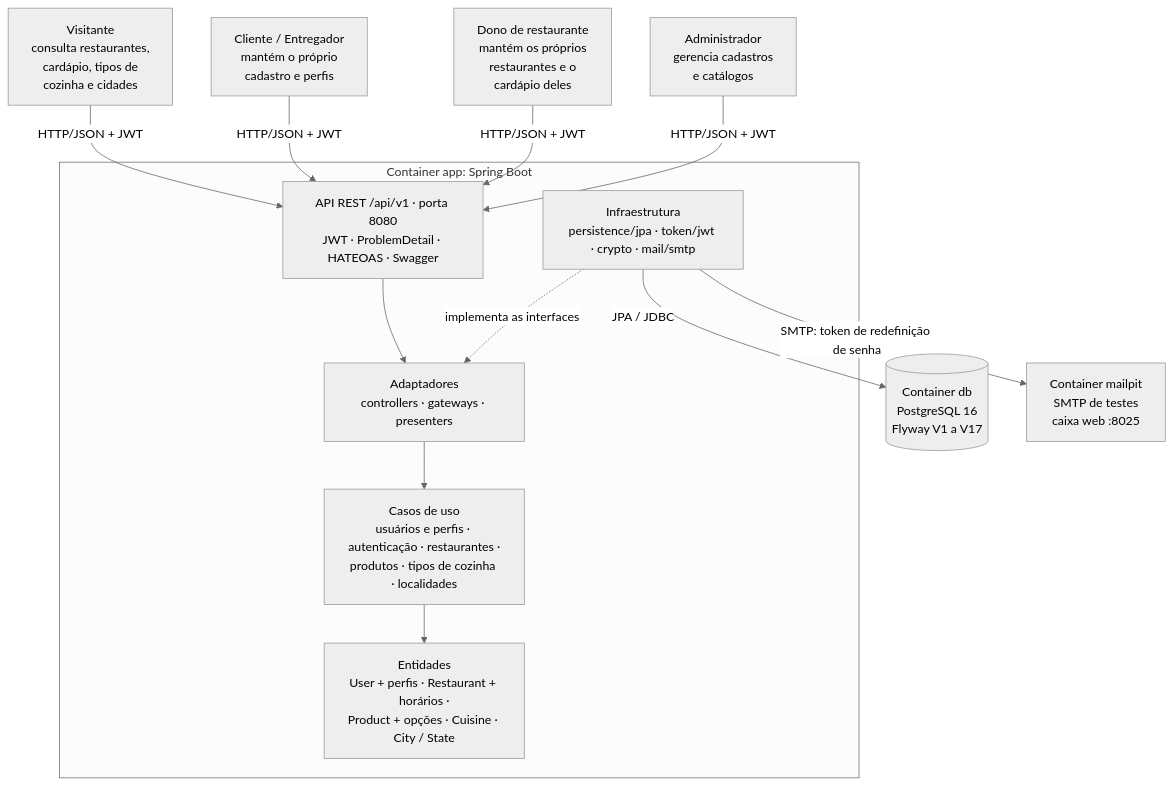
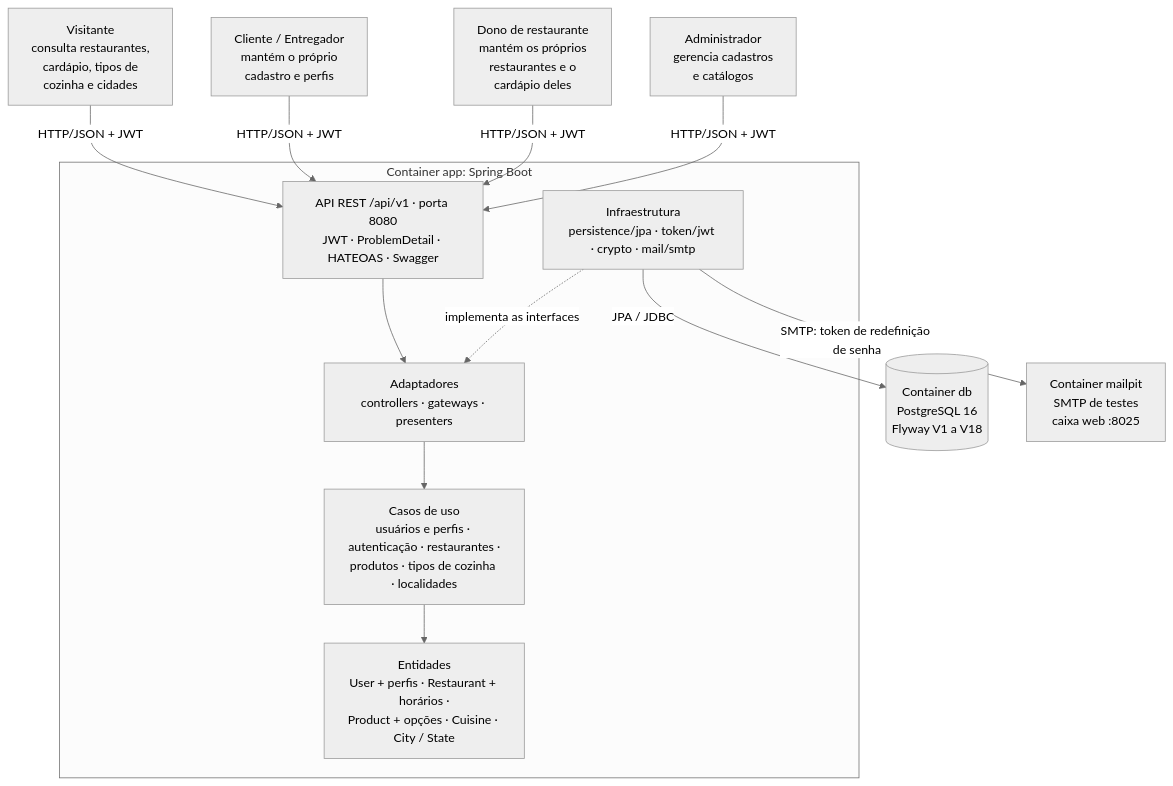
Before and after one commit to felipe11dias/postech-fase2-restaurantes-app: the first of 2 diagrams in relatorios/relatorio-tech-challenge-fase02-final.md, drawn with Mermaid (neutral theme). The commit also changed other lines of this file and 9 other files, not shown here.

````diff
--- a/relatorios/relatorio-tech-challenge-fase02-final.md
+++ b/relatorios/relatorio-tech-challenge-fase02-final.md
@@ -193,24 +193,24 @@
 ```mermaid
 flowchart TB
     VIS["Visitante<br/>consulta restaurantes,<br/>cardápio, tipos de<br/>cozinha e cidades"]
     CLI["Cliente / Entregador<br/>mantém o próprio<br/>cadastro e perfis"]
     DONO["Dono de restaurante<br/>mantém os próprios<br/>restaurantes e o<br/>cardápio deles"]
     ADM["Administrador<br/>gerencia cadastros<br/>e catálogos"]
 
     subgraph app["Container app: Spring Boot"]
         API["API REST /api/v1 · porta 8080<br/>JWT · ProblemDetail · HATEOAS · Swagger"]
         ADP["Adaptadores<br/>controllers · gateways · presenters"]
         UC["Casos de uso<br/>usuários e perfis · autenticação · restaurantes ·<br/>produtos · tipos de cozinha · localidades"]
         DOM["Entidades<br/>User + perfis · Restaurant + horários ·<br/>Product + opções · Cuisine · City / State"]
         INF["Infraestrutura<br/>persistence/jpa · token/jwt · crypto · mail/smtp"]
         API --> ADP --> UC --> DOM
         INF -. implementa as interfaces .-> ADP
     end
 
-    DB[("Container db<br/>PostgreSQL 16<br/>Flyway V1 a V17")]
+    DB[("Container db<br/>PostgreSQL 16<br/>Flyway V1 a V18")]
     MAIL["Container mailpit<br/>SMTP de testes<br/>caixa web :8025"]
 
     VIS & CLI & DONO & ADM -->|"HTTP/JSON + JWT"| API
     INF -->|"JPA / JDBC"| DB
     INF -->|"SMTP: token de redefinição de senha"| MAIL
 ```
````
